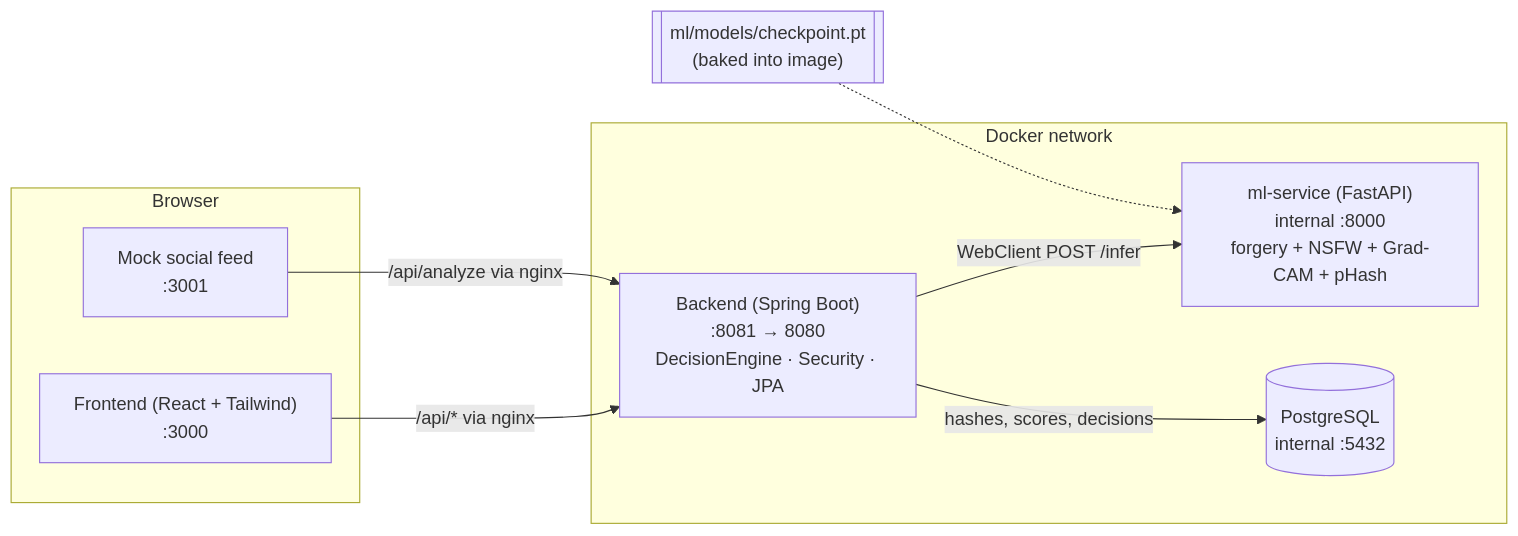
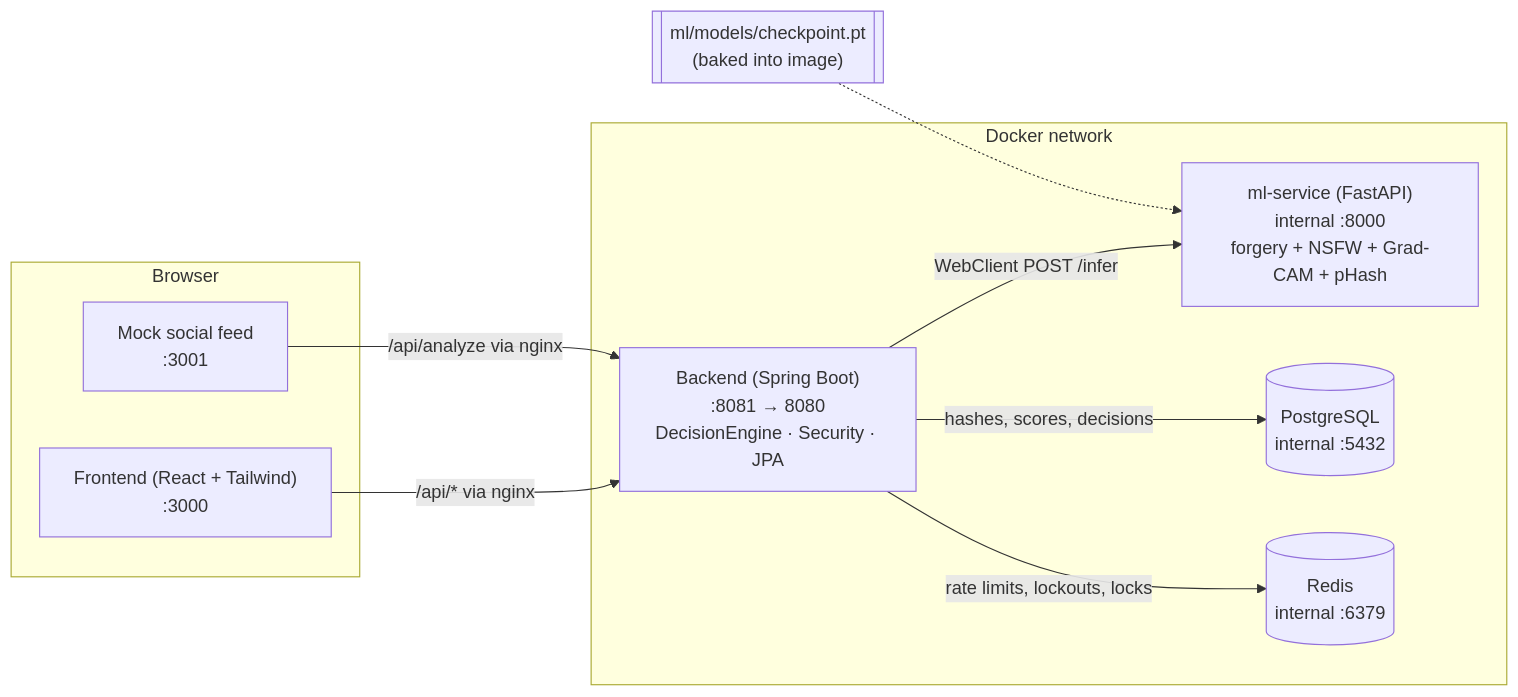
Before and after one commit to SunilMaurya-18/Forged-Obscene-Media-Detection-Engine: the diagram in README.md, drawn with Mermaid. The commit also changed other lines of this file and 265 other files, not shown here.

````diff
--- a/README.md
+++ b/README.md
@@ -15,21 +81,23 @@
 ```mermaid
 flowchart LR
     subgraph Browser
         FE["Frontend (React + Tailwind)<br/>:3000"]
         MF["Mock social feed<br/>:3001"]
     end
 
     subgraph Docker network
         BE["Backend (Spring Boot)<br/>:8081 → 8080<br/>DecisionEngine · Security · JPA"]
         ML["ml-service (FastAPI)<br/>internal :8000<br/>forgery + NSFW + Grad-CAM + pHash"]
         DB[("PostgreSQL<br/>internal :5432")]
+        RD[("Redis<br/>internal :6379")]
     end
 
     CK[["ml/models/checkpoint.pt<br/>(baked into image)"]]
 
     FE -- "/api/* via nginx" --> BE
     MF -- "/api/analyze via nginx" --> BE
     BE -- "WebClient POST /infer" --> ML
     BE -- "hashes, scores, decisions" --> DB
+    BE -- "rate limits, lockouts, locks" --> RD
     CK -.-> ML
 ```
````
